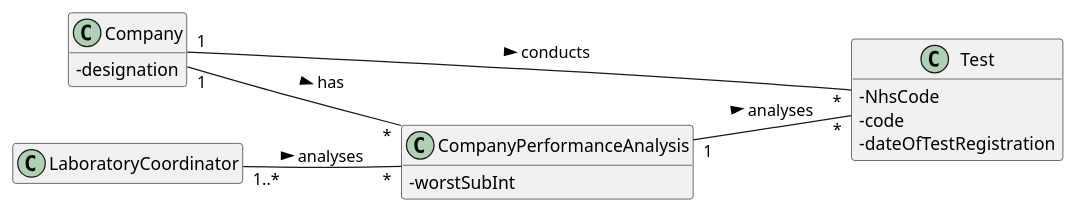
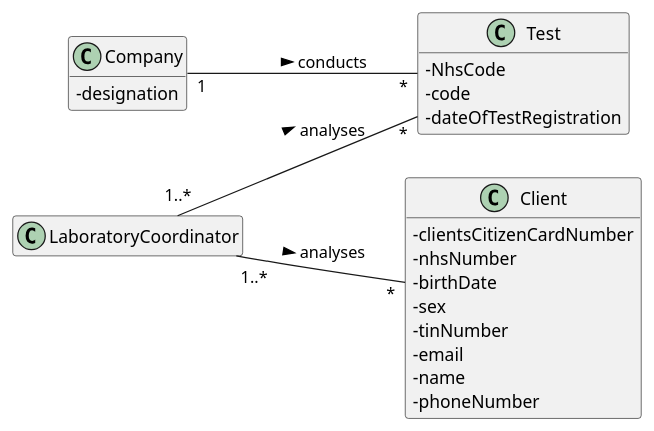
One commit to ana-albergaria/LAPR2-ISEP changed the diagram in docs/SprintD/US_16/US16_DM.puml. Above: the diagram before and after it, drawn with PlantUML. The commit also changed 15 other files, not shown here.

Commit message:
Corrected error in US16 Diagrams and Documentations, and Continued US16 Code.

```diff
--- a/docs/SprintD/US_16/US16_DM.puml
+++ b/docs/SprintD/US_16/US16_DM.puml
@@ -1,35 +1,36 @@
 @startuml
 
 skinparam classAttributeIconSize 0
 hide empty methods
 hide empty attributes
 left to right direction
 
 class Company{
 - designation
 }
 
 class Test{
 - NhsCode
 - code
 - dateOfTestRegistration
 }
 
+class Client{
+- clientsCitizenCardNumber
+- nhsNumber
+- birthDate
+- sex
+- tinNumber
+- email
+- name
+- phoneNumber
+}
+
 class LaboratoryCoordinator{
 }
 
-class CompanyPerformanceAnalysis{
-'- firstDayToAnalyse
-'- lastDayToAnalyse
-'- chosenAlgorithm
-- worstSubInt
-'- statistics
-'- graphs
-}
-
 Company "1" -- "*" Test : conducts >
-LaboratoryCoordinator "1..*" -- "*" CompanyPerformanceAnalysis : analyses >
-Company "1" -- "*" CompanyPerformanceAnalysis : has >
-CompanyPerformanceAnalysis "1" -- "*" Test : analyses >
+LaboratoryCoordinator "1..*" -- "*" Test : analyses >
+LaboratoryCoordinator "1..*" -- "*" Client : analyses >
 
 @enduml
```
